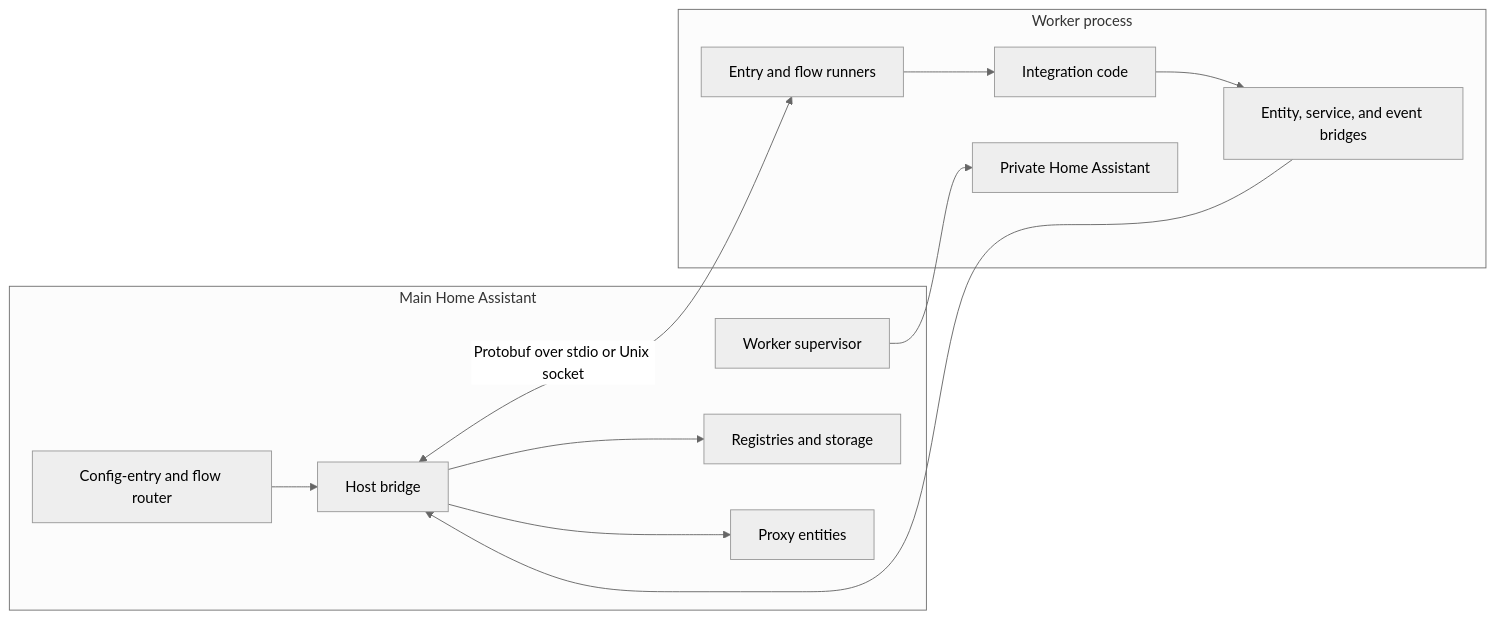
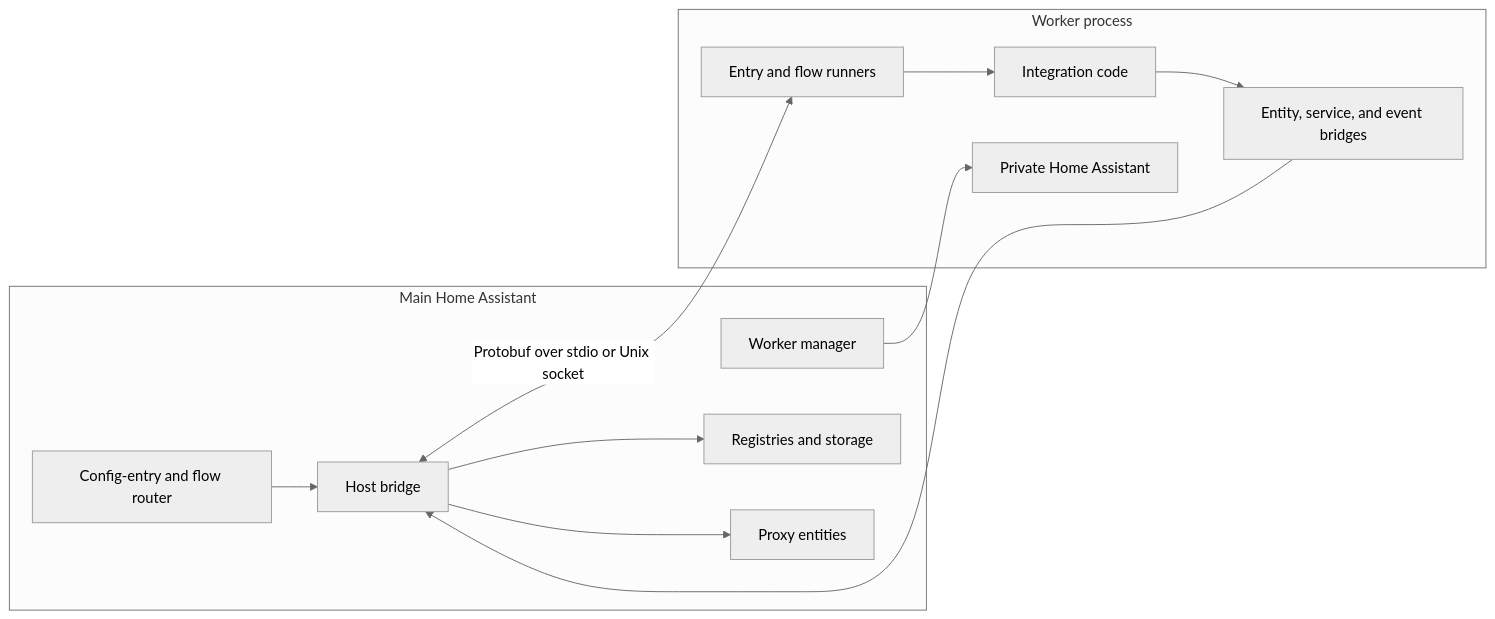
The diagram in packages/home-assistant-sandbox/README.md (home-assistant/core), drawn with Mermaid (neutral theme) before and after one commit. The commit also changed other lines of this file, not shown here.

Commit message:
Use worker manager terminology in sandbox documentation

````diff
--- a/packages/home-assistant-sandbox/README.md
+++ b/packages/home-assistant-sandbox/README.md
@@ -9,24 +9,24 @@
 ```mermaid
 flowchart LR
     subgraph Host[Main Home Assistant]
         Router[Config-entry and flow router]
-        Manager[Worker supervisor]
+        Manager[Worker manager]
         Bridge[Host bridge]
         State[Registries and storage]
         Proxies[Proxy entities]
     end
     subgraph Worker[Worker process]
         Runtime[Private Home Assistant]
         Runners[Entry and flow runners]
         Integrations[Integration code]
         Mirror[Entity, service, and event bridges]
     end
     Router --> Bridge
     Manager --> Runtime
     Bridge <-->|Protobuf over stdio or Unix socket| Runners
     Runners --> Integrations
     Integrations --> Mirror
     Mirror --> Bridge
     Bridge --> State
     Bridge --> Proxies
 ```
````
